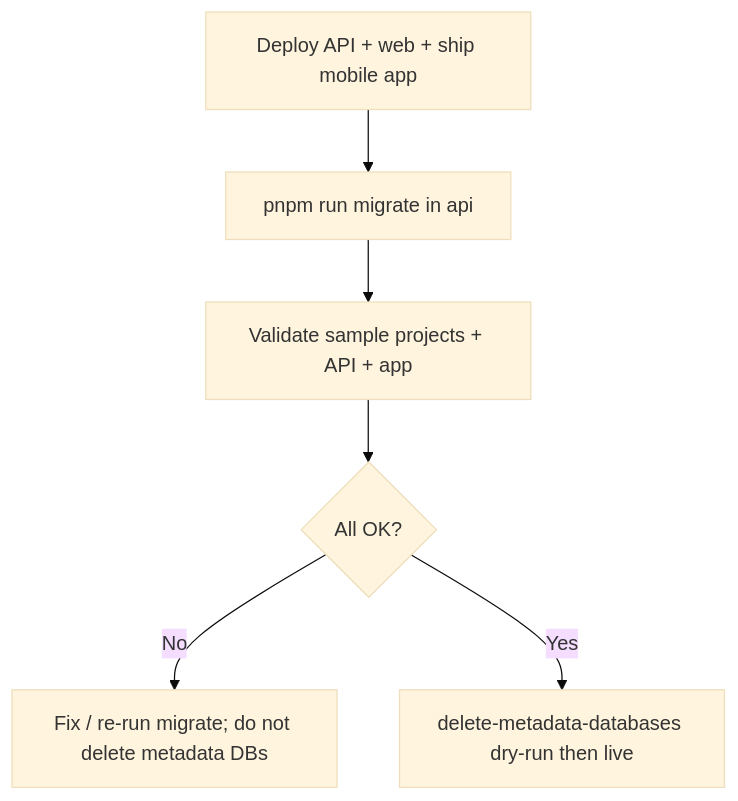
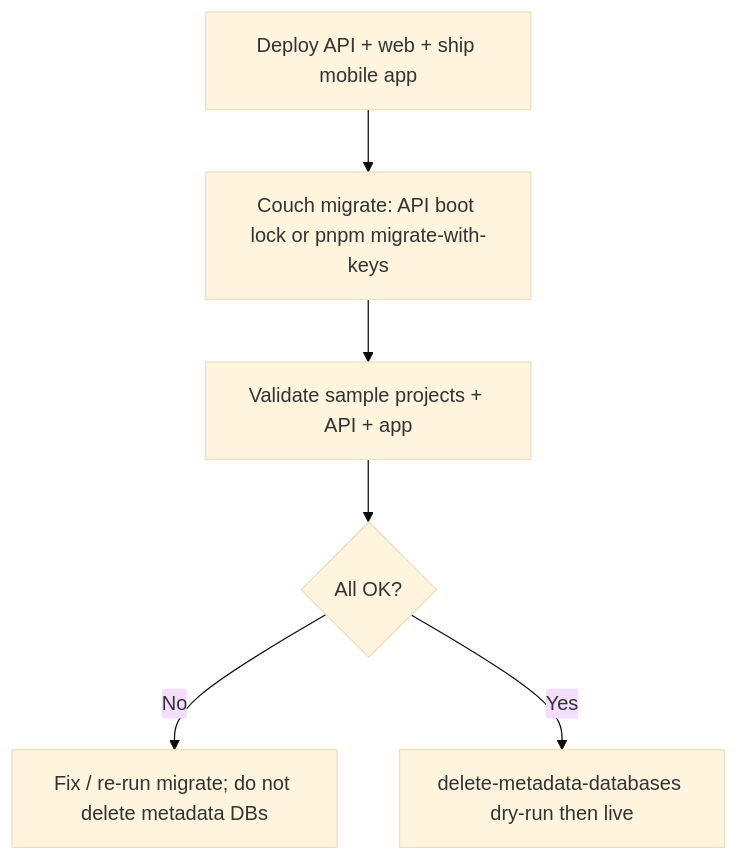
One commit to FAIMS/FAIMS3 changed the diagram in docs/developer/docs/source/markdown/MetadataMigrationGuide.md. Above: the diagram before and after it, drawn with Mermaid (base theme). The commit also changed other lines of this file and 24 other files, not shown here.

````diff
--- a/docs/developer/docs/source/markdown/MetadataMigrationGuide.md
+++ b/docs/developer/docs/source/markdown/MetadataMigrationGuide.md
@@ -214,8 +216,8 @@
 ```mermaid
 flowchart TD
-  A[Deploy API + web + ship mobile app] --> B[pnpm run migrate in api]
+  A[Deploy API + web + ship mobile app] --> B[Couch migrate: API boot lock or pnpm migrate-with-keys]
   B --> C[Validate sample projects + API + app]
   C --> D{All OK?}
   D -->|No| E[Fix / re-run migrate; do not delete metadata DBs]
   D -->|Yes| F[delete-metadata-databases dry-run then live]
 ```
````
